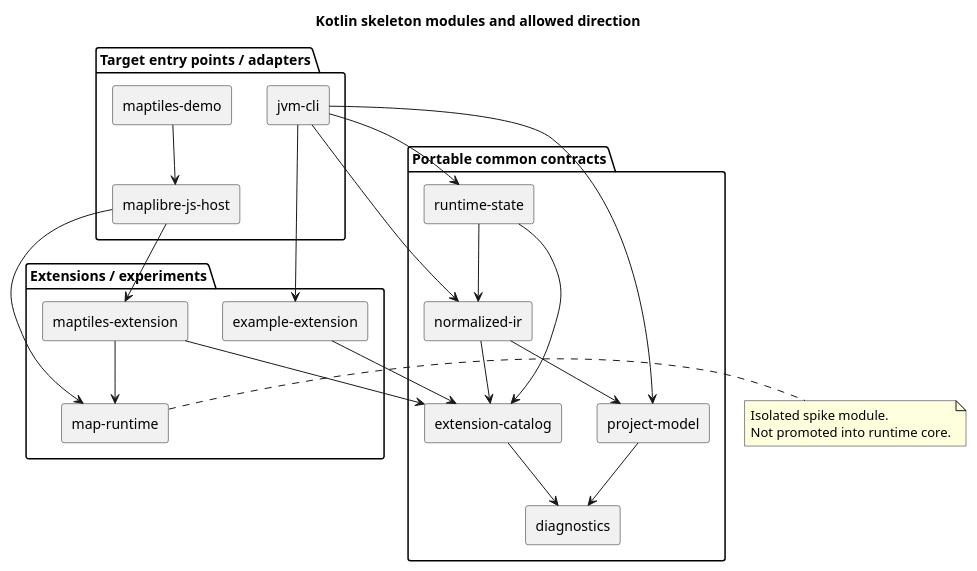
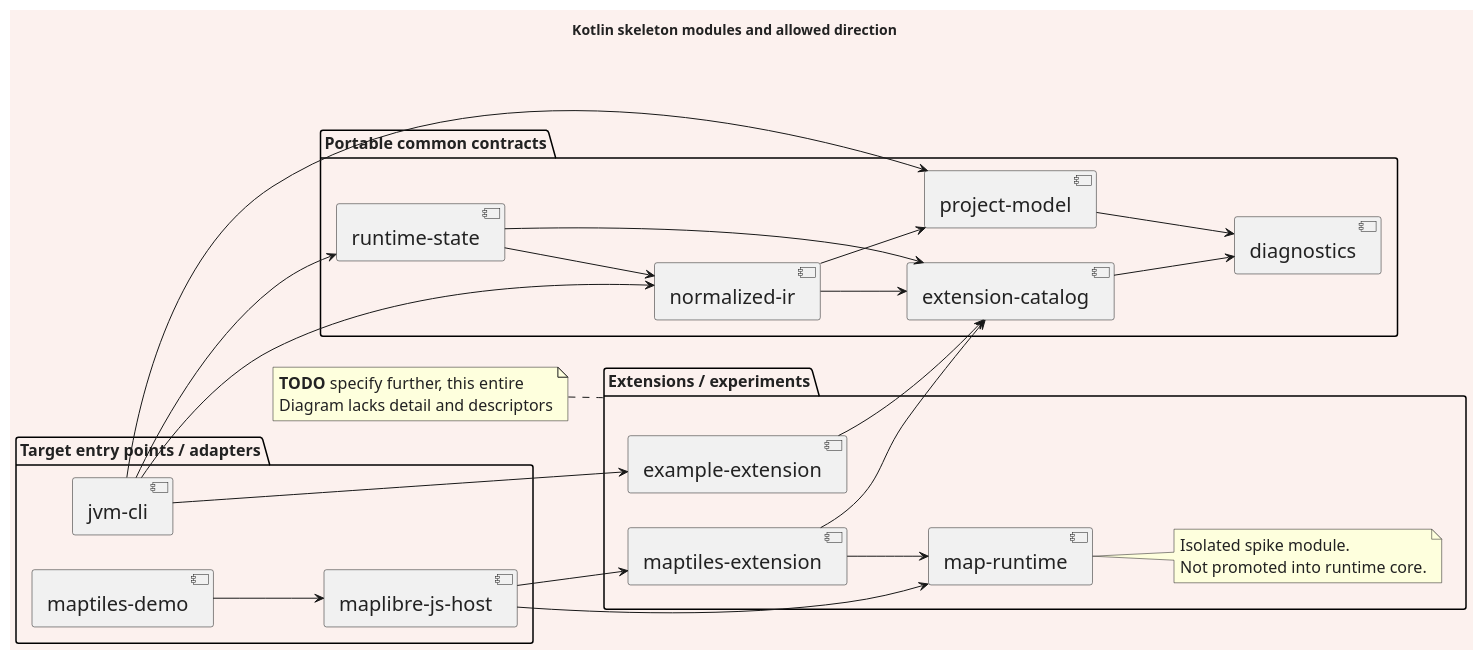
The third of 11 diagrams in docs/kotlin-port/DIAGRAMS.md (4ian/GDevelop), drawn with PlantUML before and after one commit. The commit also changed other lines of this file and 2 other files, not shown here.

Commit message:
gradle conf and DIAGRAMS.md plantuml fixes

````diff
--- a/docs/kotlin-port/DIAGRAMS.md
+++ b/docs/kotlin-port/DIAGRAMS.md
@@ -133,44 +162,62 @@
 ```plantuml
 @startuml
-title Kotlin skeleton modules and allowed direction
-top to bottom direction
-skinparam componentStyle rectangle
+title Kotlin skeleton modules and allowed direction 
+
+left to right direction
+
+skinparam BackgroundColor #FCF1EEFF
+skinparam DefaultFontColor #222222FF
+skinparam DefaultFontSize 20
+skinparam ArtifactFontSize 14
+skinparam PackageFontSize 16
+skinparam NoteFontSize 16
+skinparam DefaultFontName jetbrains-mono
+
 package "Portable common contracts" {
   [diagnostics] as diagnostics
   [project-model] as project
   [extension-catalog] as catalog
   [normalized-ir] as ir
   [runtime-state] as runtime
 }
-package "Extensions / experiments" {
+
+package "Extensions / experiments" as Pext {
   [example-extension] as example
   [map-runtime] as mapruntime
+  note right
+    Isolated spike module.
+    Not promoted into runtime core.
+  end note
   [maptiles-extension] as mapext
 }
+
+note left of Pext
+  **TODO** specify further, this entire 
+  Diagram lacks detail and descriptors
+end note
+
 package "Target entry points / adapters" {
   [jvm-cli] as cli
   [maplibre-js-host] as mapjs
   [maptiles-demo] as demo
 }
+
 project --> diagnostics
 catalog --> diagnostics
 ir --> project
 ir --> catalog
 runtime --> ir
 runtime --> catalog
 example --> catalog
 mapext --> mapruntime
 mapext --> catalog
 cli --> project
 cli --> ir
 cli --> runtime
 cli --> example
 mapjs --> mapruntime
 mapjs --> mapext
 demo --> mapjs
-note right of mapruntime
-  Isolated spike module.
-  Not promoted into runtime core.
-end note
+
 @enduml
 ```
````
